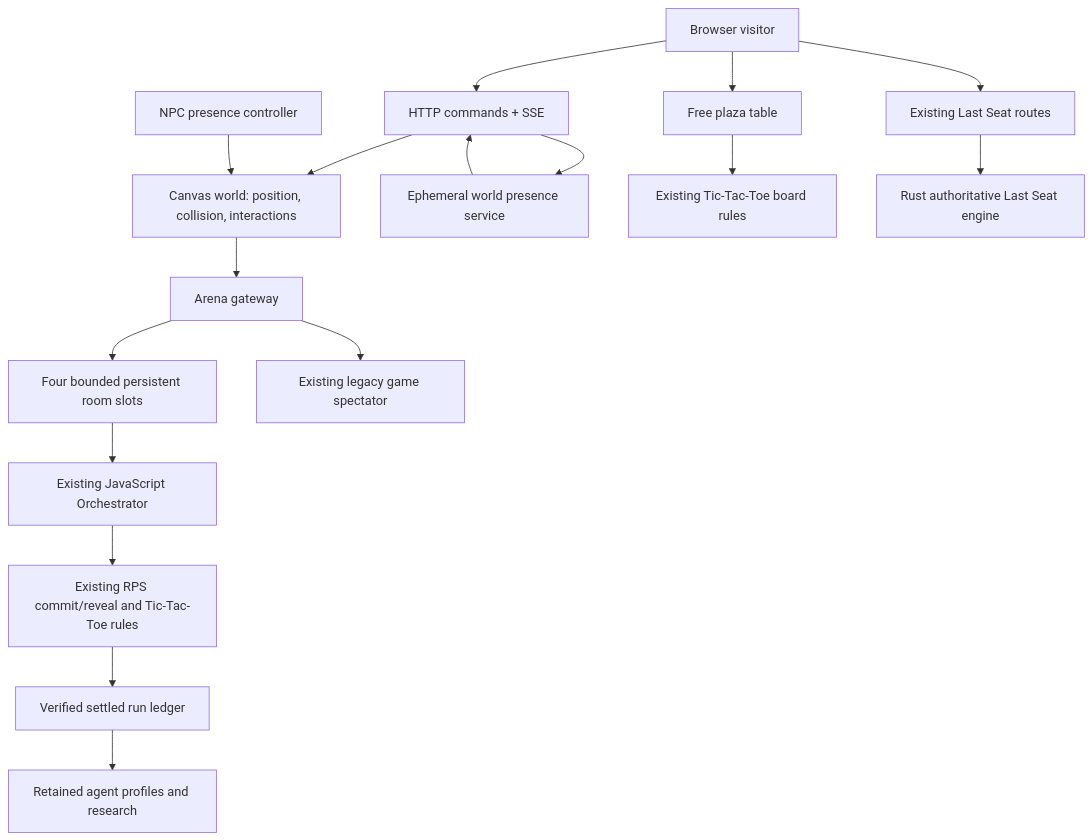
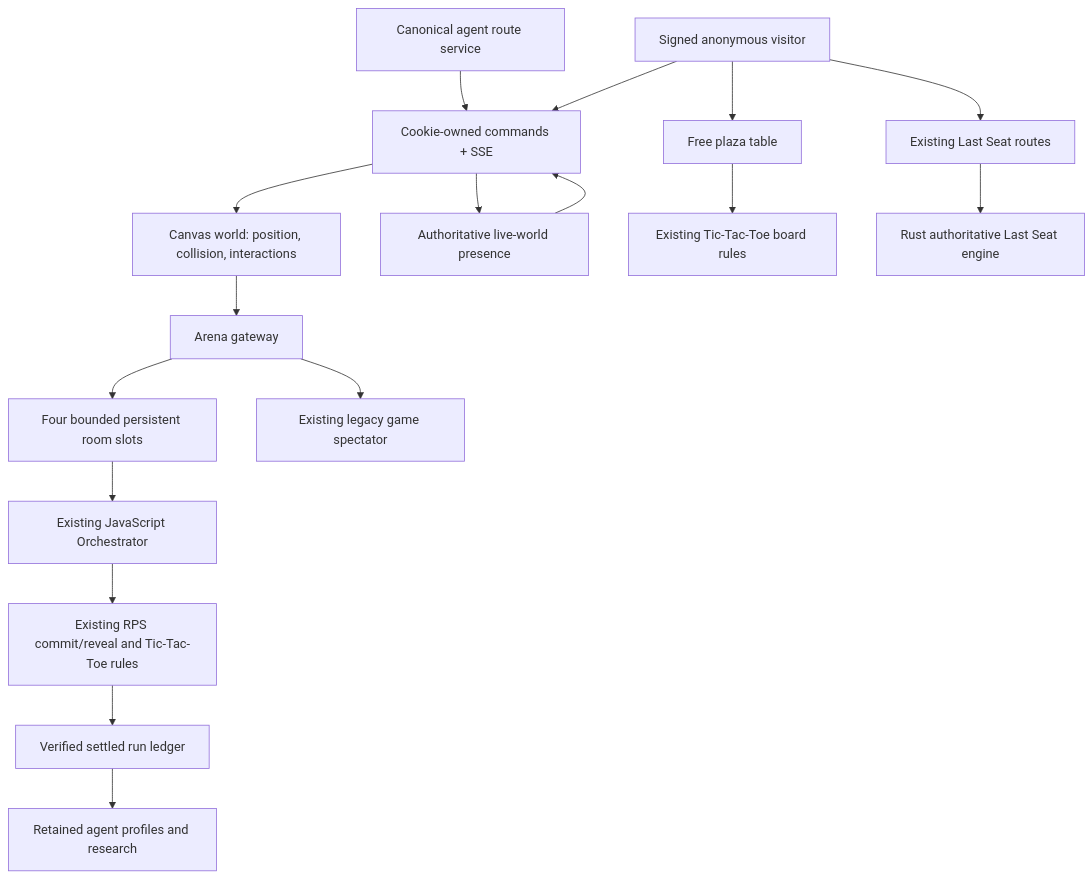
The diagram in docs/architecture/walkable-world.md (lewodro/autonomous-agent-economy), drawn with Mermaid before and after one commit. The commit also changed other lines of this file and 7 other files, not shown here.

````diff
--- a/docs/architecture/walkable-world.md
+++ b/docs/architecture/walkable-world.md
@@ -5,19 +5,19 @@
 ```mermaid
 flowchart TD
- Visitor[Browser visitor] --> Presence[HTTP commands + SSE]
+ Visitor[Signed anonymous visitor] --> Presence[Cookie-owned commands + SSE]
  Presence --> World[Canvas world: position, collision, interactions]
- Presence --> Service[Ephemeral world presence service]
+ Presence --> Service[Authoritative live-world presence]
  Service --> Presence
- NPC[NPC presence controller] --> World
+ AgentService[Canonical agent route service] --> Presence
  World --> Gateway[Arena gateway]
  Gateway --> Rooms[Four bounded persistent room slots]
  Rooms --> Orchestrator[Existing JavaScript Orchestrator]
  Orchestrator --> Rules[Existing RPS commit/reveal and Tic-Tac-Toe rules]
  Rules --> Ledger[Verified settled run ledger]
  Ledger --> Profiles[Retained agent profiles and research]
  Gateway --> Viewer[Existing legacy game spectator]
  Visitor --> Table[Free plaza table]
  Table --> TicRules[Existing Tic-Tac-Toe board rules]
  Visitor --> LastSeat[Existing Last Seat routes]
  LastSeat --> Rust[Rust authoritative Last Seat engine]
 ```
````
